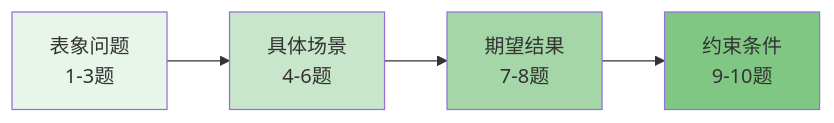
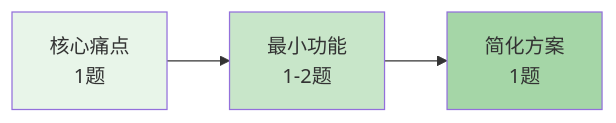
One commit to Deepractice/PromptX changed the diagram in packages/resource/resources/role/luban/thought/issue-requirements.thought.md. Above: the diagram before and after it, drawn with Mermaid. The commit also changed other lines of this file and 2 other files, not shown here.

````diff
--- a/packages/resource/resources/role/luban/thought/issue-requirements.thought.md
+++ b/packages/resource/resources/role/luban/thought/issue-requirements.thought.md
@@ -13,10 +20,8 @@
 ```mermaid
 flowchart LR
-    A[表象问题<br/>1-3题] --> B[具体场景<br/>4-6题]
-    B --> C[期望结果<br/>7-8题]
-    C --> D[约束条件<br/>9-10题]
+    A[核心痛点<br/>1题] --> B[最小功能<br/>1-2题]
+    B --> C[简化方案<br/>1题]
     style A fill:#e8f5e9
     style B fill:#c8e6c9
     style C fill:#a5d6a7
-    style D fill:#81c784
 ```
````
